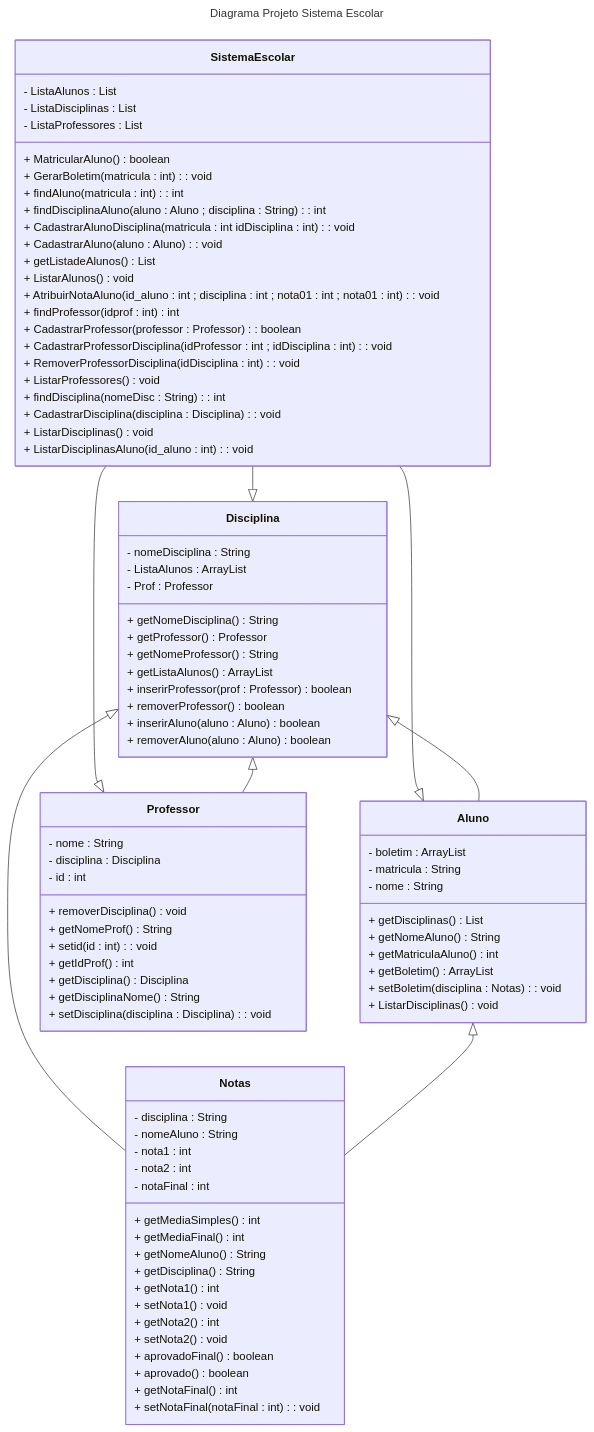
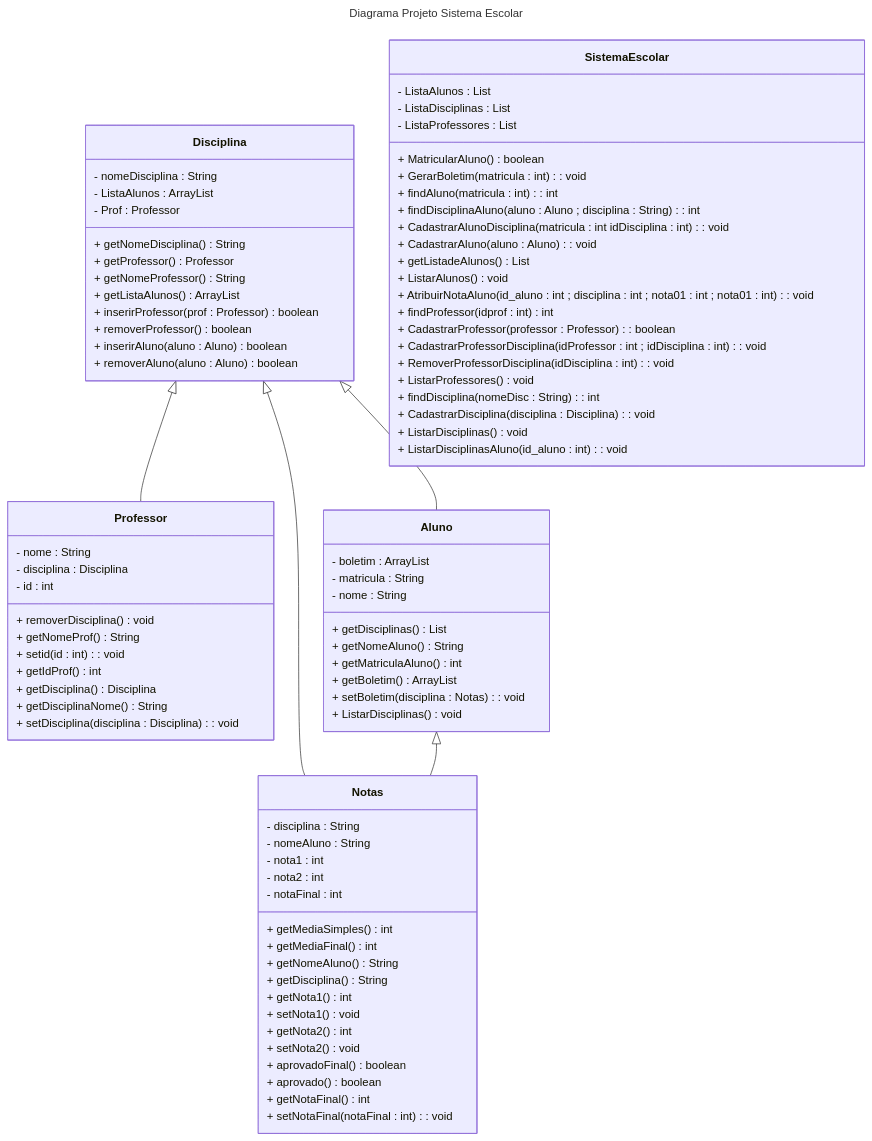
Before and after one commit to vSteps/POO: the diagram in Projeto_POO/diagrama.md, drawn with Mermaid.

Commit message:
Alterações Finais do Projeto

```diff
--- a/Projeto_POO/diagrama.md
+++ b/Projeto_POO/diagrama.md
@@ -3,17 +3,9 @@
 title: Diagrama Projeto Sistema Escolar 
 ---
 classDiagram
-    SistemaEscolar --|> Aluno
-    SistemaEscolar --|> Disciplina
-    SistemaEscolar --|> Professor
-
     Disciplina <|-- Professor
-
     Disciplina <|-- Aluno
-
     Disciplina <|-- Notas
-
-    
     Aluno <|-- Notas
 
 
```
